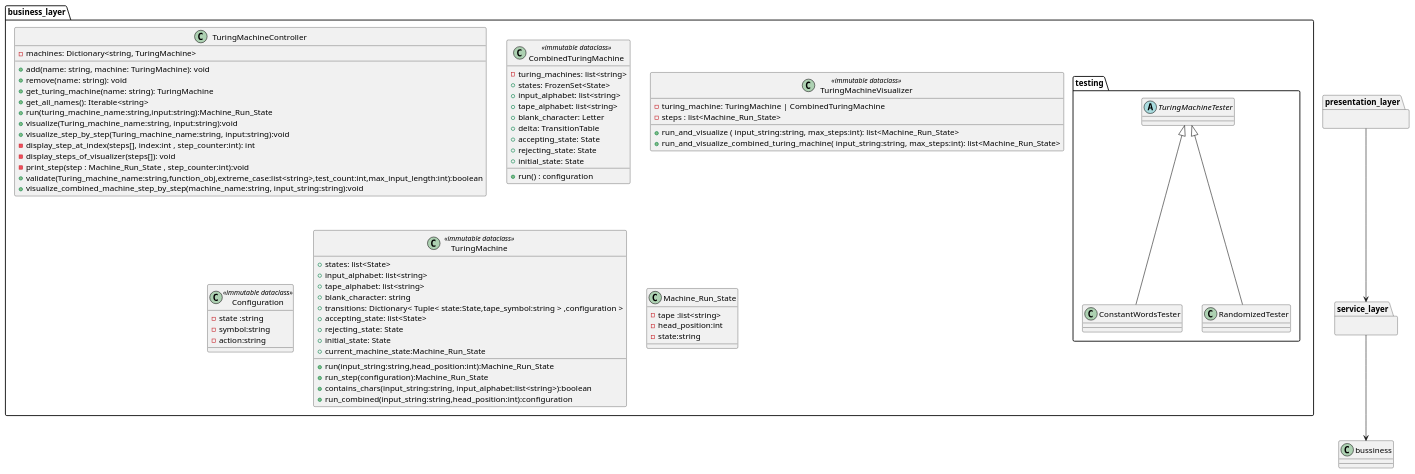
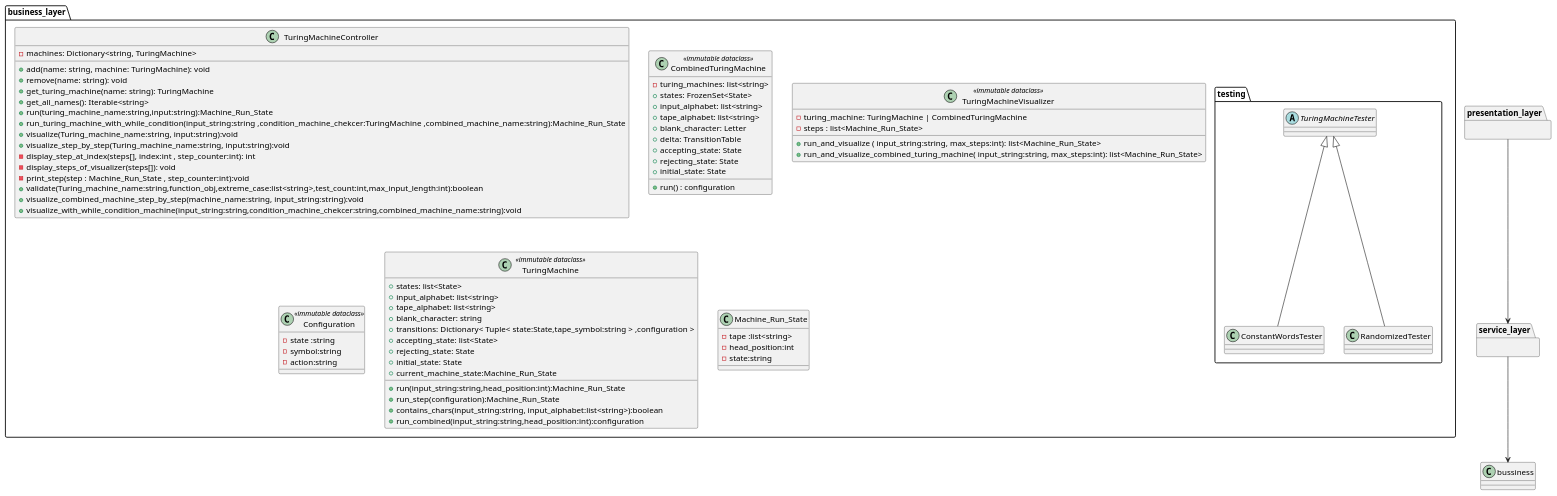
The diagram in docs/uml/bussiness_layer.puml (Turing-Machine-Tutor/Turing-Machine-Tutor), drawn with PlantUML before and after one commit. The commit also changed 5 other files, not shown here.

Commit message:
added function: visualize_with_while_condition_machine and updated UML

```diff
--- a/docs/uml/bussiness_layer.puml
+++ b/docs/uml/bussiness_layer.puml
@@ -1,110 +1,112 @@
 @startuml
 
 
 
 package business_layer {
     class TuringMachineController {
         - machines: Dictionary<string, TuringMachine>
 
         + add(name: string, machine: TuringMachine): void
         + remove(name: string): void
         + get_turing_machine(name: string): TuringMachine
         + get_all_names(): Iterable<string>
         + run(turing_machine_name:string,input:string):Machine_Run_State
+        +run_turing_machine_with_while_condition(input_string:string ,condition_machine_chekcer:TuringMachine ,combined_machine_name:string):Machine_Run_State
         +visualize(Turing_machine_name:string, input:string):void
         +visualize_step_by_step(Turing_machine_name:string, input:string):void
         -display_step_at_index(steps[], index:int , step_counter:int): int
         -display_steps_of_visualizer(steps[]): void
         -print_step(step : Machine_Run_State , step_counter:int):void
         +validate(Turing_machine_name:string,function_obj,extreme_case:list<string>,test_count:int,max_input_length:int):boolean
         +visualize_combined_machine_step_by_step(machine_name:string, input_string:string):void
+        +visualize_with_while_condition_machine(input_string:string,condition_machine_chekcer:string,combined_machine_name:string):void
     }
 
 
  class CombinedTuringMachine <<immutable dataclass>> {
         -turing_machines: list<string>
         +run() : configuration
         + states: FrozenSet<State>
         + input_alphabet: list<string>
         + tape_alphabet: list<string>
         + blank_character: Letter
         + delta: TransitionTable
         + accepting_state: State
         + rejecting_state: State
         + initial_state: State
 
     }
 
 
      class TuringMachineVisualizer <<immutable dataclass>> {
         -turing_machine: TuringMachine | CombinedTuringMachine
         -steps : list<Machine_Run_State>
         +run_and_visualize ( input_string:string, max_steps:int): list<Machine_Run_State>
         +run_and_visualize_combined_turing_machine( input_string:string, max_steps:int): list<Machine_Run_State>
     }
 
     class Configuration <<immutable dataclass>> {
          -state :string
         -symbol:string
         -action:string
     }
 
 
 
     class TuringMachine <<immutable dataclass>> {
         + states: list<State>
         + input_alphabet: list<string>
         + tape_alphabet: list<string>
         + blank_character: string
         + transitions: Dictionary< Tuple< state:State,tape_symbol:string > ,configuration >
         + accepting_state: list<State>
         + rejecting_state: State
         + initial_state: State
         +current_machine_state:Machine_Run_State
         +run(input_string:string,head_position:int):Machine_Run_State
         +run_step(configuration):Machine_Run_State
         +contains_chars(input_string:string, input_alphabet:list<string>):boolean
         +run_combined(input_string:string,head_position:int):configuration
 
     }
 
     class Machine_Run_State {
        -tape :list<string>
        -head_position:int
        -state:string
     }
 
 
 
 package testing {
     abstract class TuringMachineTester {
 
     }
 
     class ConstantWordsTester {
 
     }
 
     class RandomizedTester {
 
     }
 
     ConstantWordsTester -u-|> TuringMachineTester
     RandomizedTester -u-|> TuringMachineTester
 
     }
 }
 
 
 package service_layer {
 
 }
 
 package presentation_layer {
 
 }
 
 service_layer -d-> bussiness
 presentation_layer -d-> service_layer
 
 @enduml
```
